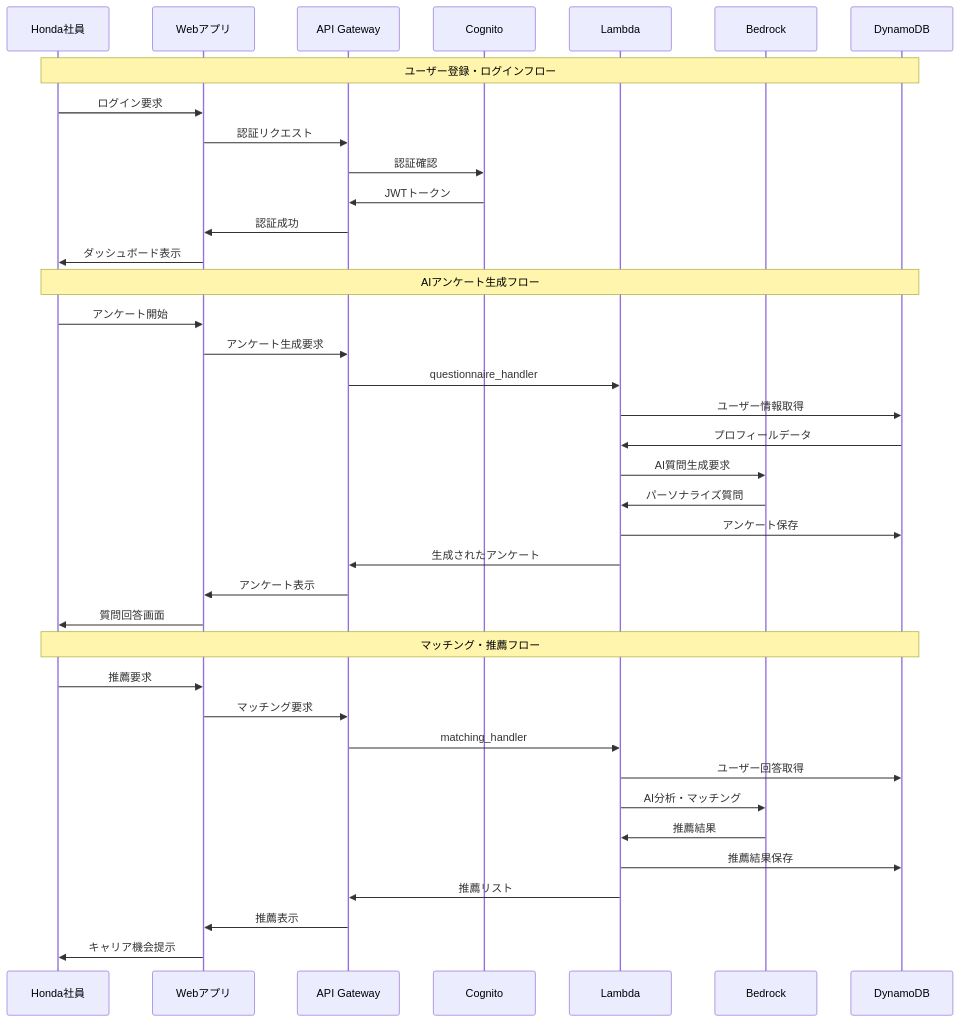
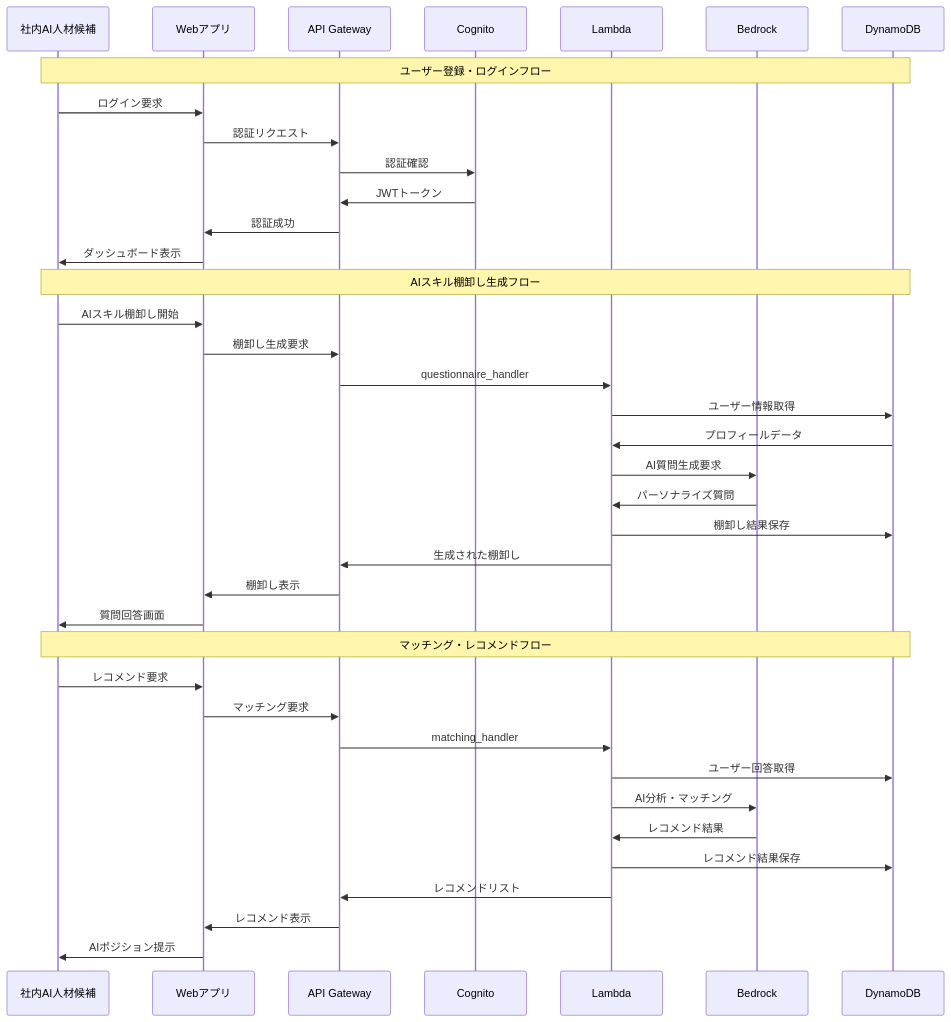
One commit to leadlea/honda changed the second of 3 diagrams in README.md. Above: the diagram before and after it, drawn with Mermaid. The commit also changed other lines of this file and 1 other file, not shown here.

````diff
--- a/README.md
+++ b/README.md
@@ -142,43 +130,43 @@
 ```mermaid
 sequenceDiagram
-    participant U as Honda社員
+    participant U as 社内AI人材候補
     participant W as Webアプリ
     participant A as API Gateway
     participant C as Cognito
     participant L as Lambda
     participant B as Bedrock
     participant D as DynamoDB
 
     Note over U,D: ユーザー登録・ログインフロー
     U->>W: ログイン要求
     W->>A: 認証リクエスト
     A->>C: 認証確認
     C->>A: JWTトークン
     A->>W: 認証成功
     W->>U: ダッシュボード表示
 
-    Note over U,D: AIアンケート生成フロー
-    U->>W: アンケート開始
-    W->>A: アンケート生成要求
+    Note over U,D: AIスキル棚卸し生成フロー
+    U->>W: AIスキル棚卸し開始
+    W->>A: 棚卸し生成要求
     A->>L: questionnaire_handler
     L->>D: ユーザー情報取得
     D->>L: プロフィールデータ
     L->>B: AI質問生成要求
     B->>L: パーソナライズ質問
-    L->>D: アンケート保存
-    L->>A: 生成されたアンケート
-    A->>W: アンケート表示
+    L->>D: 棚卸し結果保存
+    L->>A: 生成された棚卸し
+    A->>W: 棚卸し表示
     W->>U: 質問回答画面
 
-    Note over U,D: マッチング・推薦フロー
-    U->>W: 推薦要求
+    Note over U,D: マッチング・レコメンドフロー
+    U->>W: レコメンド要求
     W->>A: マッチング要求
     A->>L: matching_handler
     L->>D: ユーザー回答取得
     L->>B: AI分析・マッチング
-    B->>L: 推薦結果
-    L->>D: 推薦結果保存
-    L->>A: 推薦リスト
-    A->>W: 推薦表示
-    W->>U: キャリア機会提示
+    B->>L: レコメンド結果
+    L->>D: レコメンド結果保存
+    L->>A: レコメンドリスト
+    A->>W: レコメンド表示
+    W->>U: AIポジション提示
 ```
````
